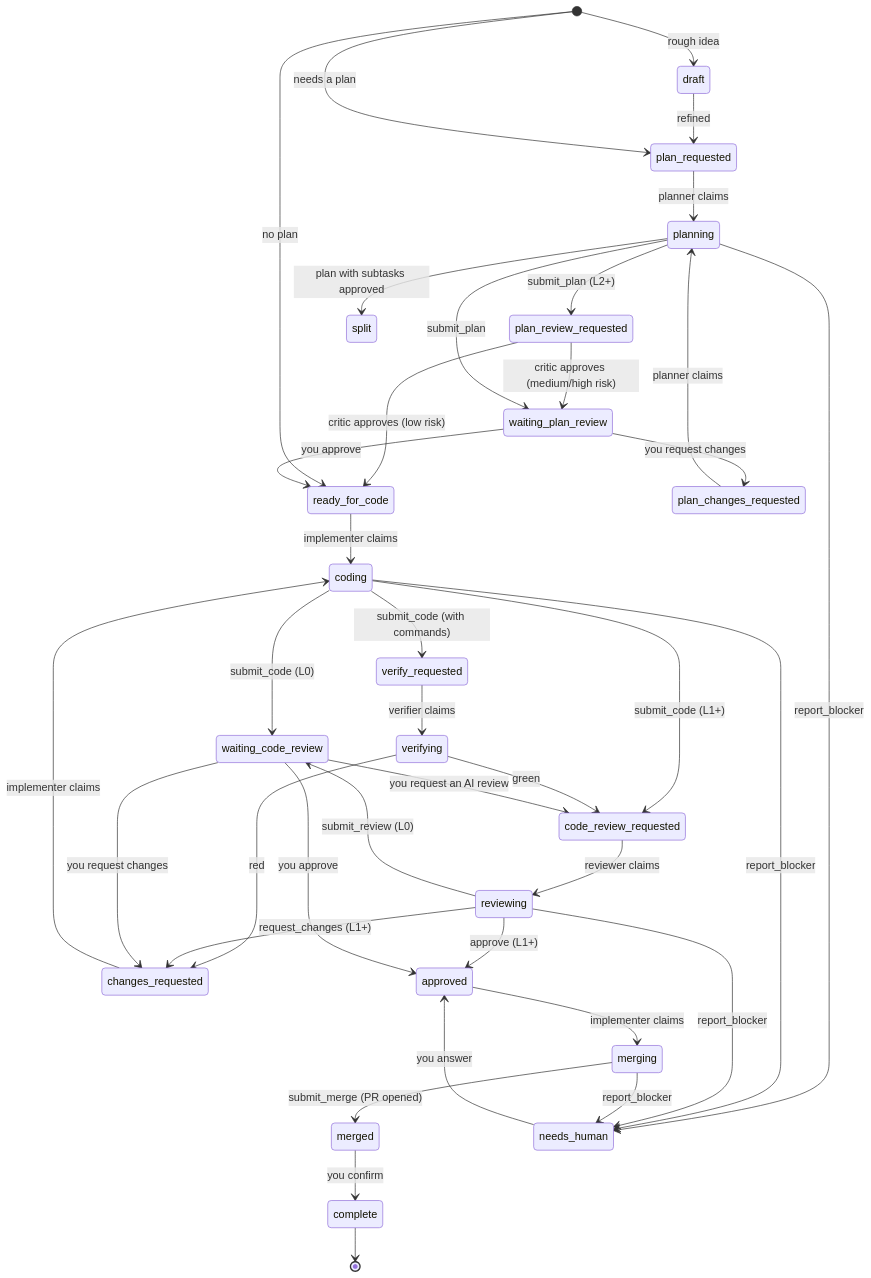
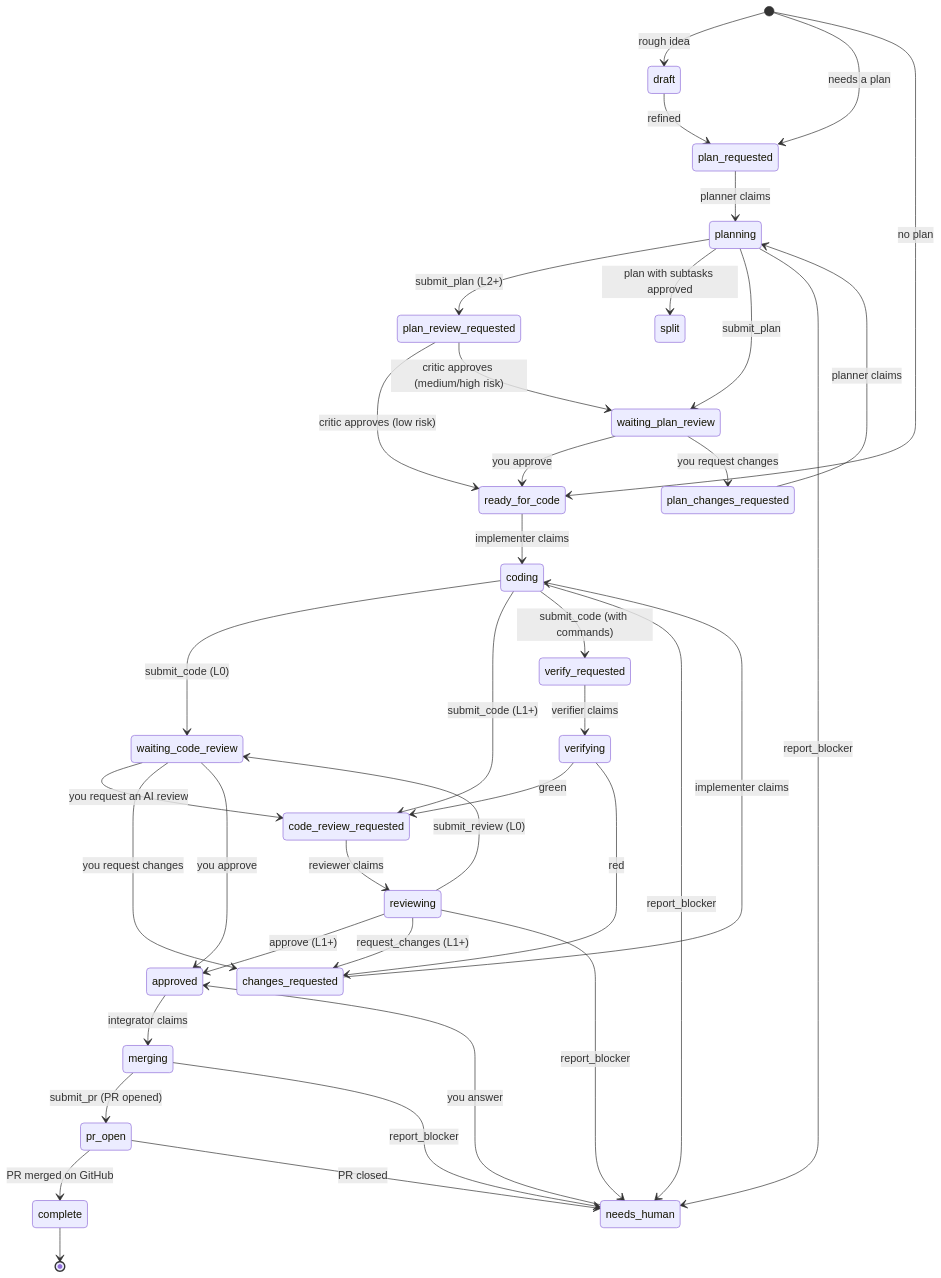
Before and after one commit to sergiowero/agent-task-queue: the second of 2 diagrams in README.md, drawn with Mermaid. The commit also changed other lines of this file and 56 other files, not shown here.

First line of the commit message:
feat(pr): PR-centred close, needs-you inbox and flow metrics (phase 5)

````diff
--- a/README.md
+++ b/README.md
@@ -151,40 +151,41 @@
 ```mermaid
 stateDiagram-v2
     [*] --> draft: rough idea
     draft --> plan_requested: refined
     [*] --> plan_requested: needs a plan
     planning --> plan_review_requested: submit_plan (L2+)
     plan_review_requested --> ready_for_code: critic approves (low risk)
     plan_review_requested --> waiting_plan_review: critic approves (medium/high risk)
     planning --> split: plan with subtasks approved
     [*] --> ready_for_code: no plan
     plan_requested --> planning: planner claims
     planning --> waiting_plan_review: submit_plan
     waiting_plan_review --> ready_for_code: you approve
     waiting_plan_review --> plan_changes_requested: you request changes
     plan_changes_requested --> planning: planner claims
     ready_for_code --> coding: implementer claims
     coding --> waiting_code_review: submit_code (L0)
     coding --> code_review_requested: submit_code (L1+)
     coding --> verify_requested: submit_code (with commands)
     verify_requested --> verifying: verifier claims
     verifying --> code_review_requested: green
     verifying --> changes_requested: red
     reviewing --> approved: approve (L1+)
     reviewing --> changes_requested: request_changes (L1+)
     waiting_code_review --> code_review_requested: you request an AI review
     code_review_requested --> reviewing: reviewer claims
     reviewing --> waiting_code_review: submit_review (L0)
     waiting_code_review --> changes_requested: you request changes
     changes_requested --> coding: implementer claims
     waiting_code_review --> approved: you approve
-    approved --> merging: implementer claims
-    merging --> merged: submit_merge (PR opened)
-    merged --> complete: you confirm
+    approved --> merging: integrator claims
+    merging --> pr_open: submit_pr (PR opened)
+    pr_open --> complete: PR merged on GitHub
+    pr_open --> needs_human: PR closed
     complete --> [*]
     planning --> needs_human: report_blocker
     coding --> needs_human: report_blocker
     reviewing --> needs_human: report_blocker
     merging --> needs_human: report_blocker
     needs_human --> approved: you answer
 ```
````
